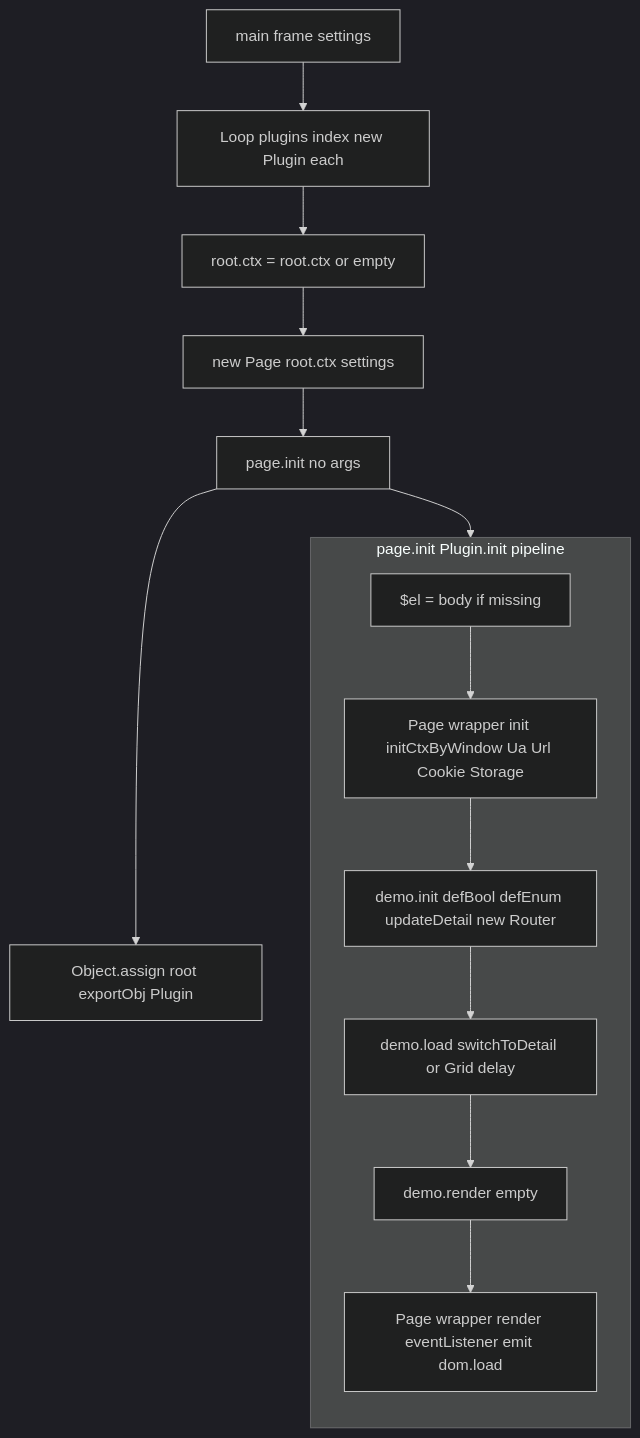
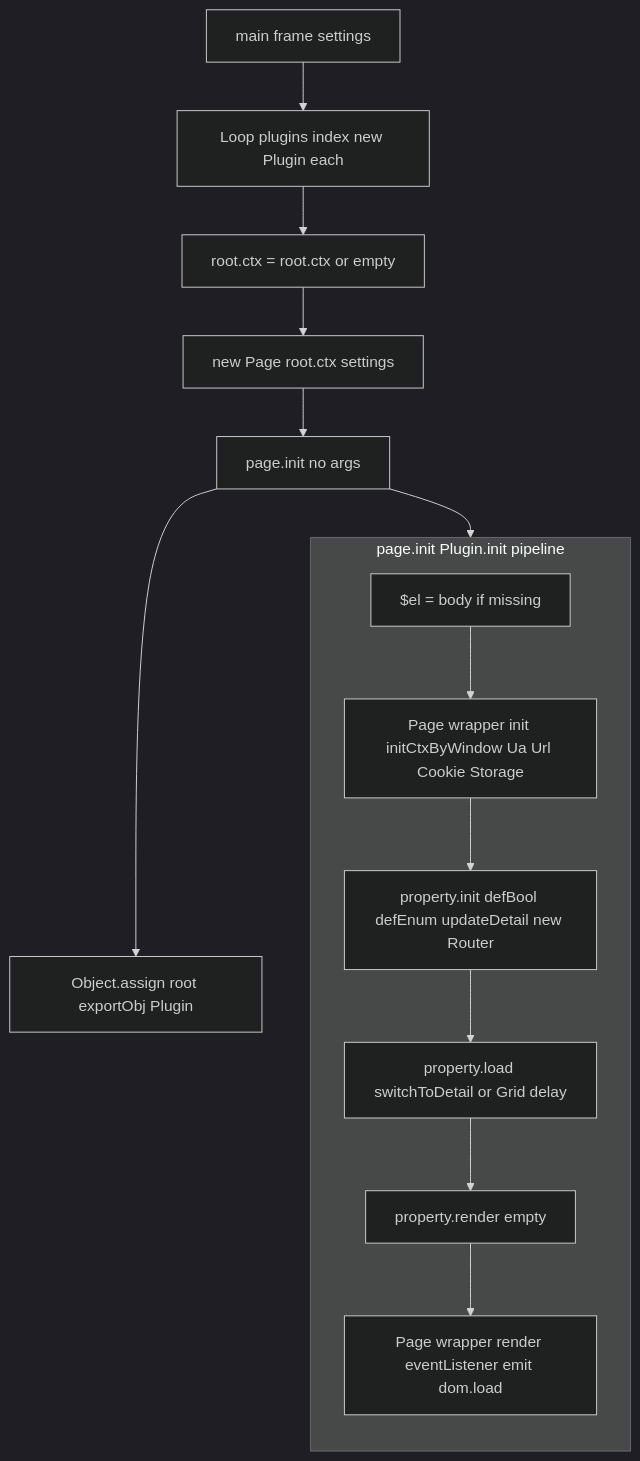
Before and after one commit to shishiv30/vue-cui: the third of 8 diagrams in docs/client-js-lifecycle.md, drawn with Mermaid (dark theme). The commit also changed other lines of this file and 341 other files, not shown here.

````diff
--- a/docs/client-js-lifecycle.md
+++ b/docs/client-js-lifecycle.md
@@ -64,24 +64,24 @@
 ```mermaid
 flowchart TB
 	main[main frame settings]
 	reg[Loop plugins index new Plugin each]
 	ctx[root.ctx = root.ctx or empty]
 	page[new Page root.ctx settings]
 	init[page.init no args]
 	assign[Object.assign root exportObj Plugin]
 
 	main --> reg --> ctx --> page --> init --> assign
 
 	subgraph pageInit [page.init Plugin.init pipeline]
 		direction TB
 		el["$el = body if missing"]
 		ctxSetup[Page wrapper init initCtxByWindow Ua Url Cookie Storage]
-		demoInit[demo.init defBool defEnum updateDetail new Router]
-		demoLoad[demo.load switchToDetail or Grid delay]
-		demoRender[demo.render empty]
+		propertyInit[property.init defBool defEnum updateDetail new Router]
+		propertyLoad[property.load switchToDetail or Grid delay]
+		propertyRender[property.render empty]
 		pageRender[Page wrapper render eventListener emit dom.load]
-		el --> ctxSetup --> demoInit --> demoLoad --> demoRender --> pageRender
+		el --> ctxSetup --> propertyInit --> propertyLoad --> propertyRender --> pageRender
 	end
 
 	init --> pageInit
 ```
````
